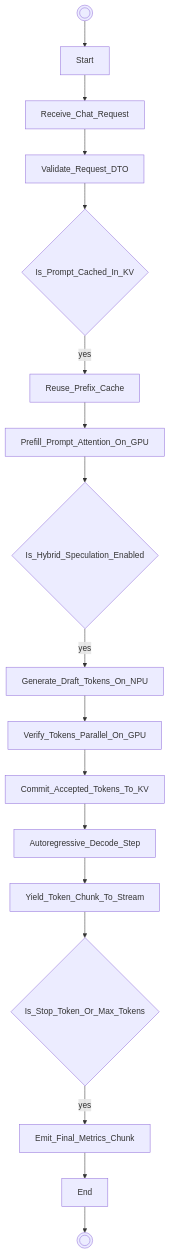
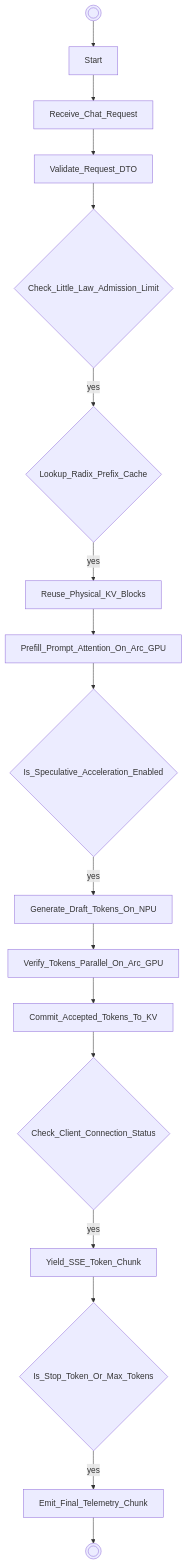
Before and after one commit to techdeveloper-org/intel-arc-models-runner: the diagram in uml/activity_diagram.md, drawn with Mermaid. The commit also changed other lines of this file and 27 other files, not shown here.

First line of the commit message:
docs(arch): synchronize 13-diagram SDLC architecture suite and Draw.io models with mathematical proofs (fixes #22)

````diff
--- a/uml/activity_diagram.md
+++ b/uml/activity_diagram.md
@@ -5,36 +5,36 @@
 ```mermaid
 flowchart TD
     __start__((( )))
     Start["Start"]
     __start__ --> Start
     Receive_Chat_Request["Receive_Chat_Request"]
     Start --> Receive_Chat_Request
     Validate_Request_DTO["Validate_Request_DTO"]
     Receive_Chat_Request --> Validate_Request_DTO
-    Is_Prompt_Cached_In_KV{"Is_Prompt_Cached_In_KV"}
-    Validate_Request_DTO --> Is_Prompt_Cached_In_KV
-    Reuse_Prefix_Cache["Reuse_Prefix_Cache"]
-    Is_Prompt_Cached_In_KV -->|yes| Reuse_Prefix_Cache
-    Prefill_Prompt_Attention_On_GPU["Prefill_Prompt_Attention_On_GPU"]
-    Reuse_Prefix_Cache --> Prefill_Prompt_Attention_On_GPU
-    Is_Hybrid_Speculation_Enabled{"Is_Hybrid_Speculation_Enabled"}
-    Prefill_Prompt_Attention_On_GPU --> Is_Hybrid_Speculation_Enabled
+    Check_Little_Law_Admission_Limit{"Check_Little_Law_Admission_Limit"}
+    Validate_Request_DTO --> Check_Little_Law_Admission_Limit
+    Lookup_Radix_Prefix_Cache{"Lookup_Radix_Prefix_Cache"}
+    Check_Little_Law_Admission_Limit -->|yes| Lookup_Radix_Prefix_Cache
+    Reuse_Physical_KV_Blocks["Reuse_Physical_KV_Blocks"]
+    Lookup_Radix_Prefix_Cache -->|yes| Reuse_Physical_KV_Blocks
+    Prefill_Prompt_Attention_On_Arc_GPU["Prefill_Prompt_Attention_On_Arc_GPU"]
+    Reuse_Physical_KV_Blocks --> Prefill_Prompt_Attention_On_Arc_GPU
+    Is_Speculative_Acceleration_Enabled{"Is_Speculative_Acceleration_Enabled"}
+    Prefill_Prompt_Attention_On_Arc_GPU --> Is_Speculative_Acceleration_Enabled
     Generate_Draft_Tokens_On_NPU["Generate_Draft_Tokens_On_NPU"]
-    Is_Hybrid_Speculation_Enabled -->|yes| Generate_Draft_Tokens_On_NPU
-    Verify_Tokens_Parallel_On_GPU["Verify_Tokens_Parallel_On_GPU"]
-    Generate_Draft_Tokens_On_NPU --> Verify_Tokens_Parallel_On_GPU
+    Is_Speculative_Acceleration_Enabled -->|yes| Generate_Draft_Tokens_On_NPU
+    Verify_Tokens_Parallel_On_Arc_GPU["Verify_Tokens_Parallel_On_Arc_GPU"]
+    Generate_Draft_Tokens_On_NPU --> Verify_Tokens_Parallel_On_Arc_GPU
     Commit_Accepted_Tokens_To_KV["Commit_Accepted_Tokens_To_KV"]
-    Verify_Tokens_Parallel_On_GPU --> Commit_Accepted_Tokens_To_KV
-    Autoregressive_Decode_Step["Autoregressive_Decode_Step"]
-    Commit_Accepted_Tokens_To_KV --> Autoregressive_Decode_Step
-    Yield_Token_Chunk_To_Stream["Yield_Token_Chunk_To_Stream"]
-    Autoregressive_Decode_Step --> Yield_Token_Chunk_To_Stream
+    Verify_Tokens_Parallel_On_Arc_GPU --> Commit_Accepted_Tokens_To_KV
+    Check_Client_Connection_Status{"Check_Client_Connection_Status"}
+    Commit_Accepted_Tokens_To_KV --> Check_Client_Connection_Status
+    Yield_SSE_Token_Chunk["Yield_SSE_Token_Chunk"]
+    Check_Client_Connection_Status -->|yes| Yield_SSE_Token_Chunk
     Is_Stop_Token_Or_Max_Tokens{"Is_Stop_Token_Or_Max_Tokens"}
-    Yield_Token_Chunk_To_Stream --> Is_Stop_Token_Or_Max_Tokens
-    Emit_Final_Metrics_Chunk["Emit_Final_Metrics_Chunk"]
-    Is_Stop_Token_Or_Max_Tokens -->|yes| Emit_Final_Metrics_Chunk
-    End["End"]
-    Emit_Final_Metrics_Chunk --> End
+    Yield_SSE_Token_Chunk --> Is_Stop_Token_Or_Max_Tokens
+    Emit_Final_Telemetry_Chunk["Emit_Final_Telemetry_Chunk"]
+    Is_Stop_Token_Or_Max_Tokens -->|yes| Emit_Final_Telemetry_Chunk
     __end__((( )))
-    End --> __end__
+    Emit_Final_Telemetry_Chunk --> __end__
 ```
````
